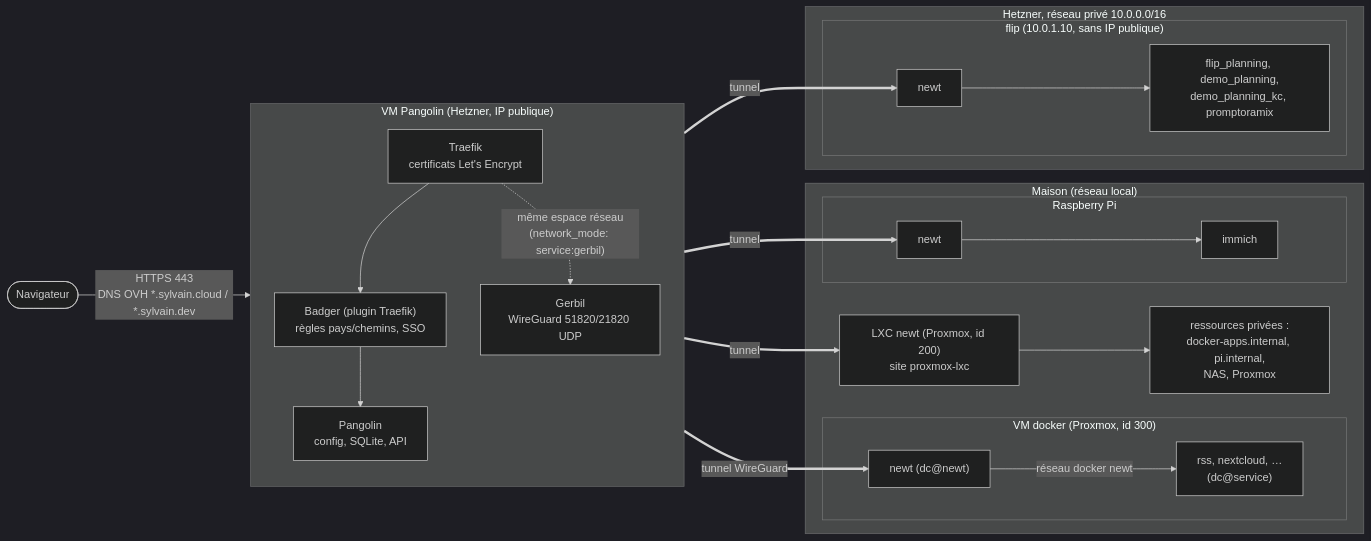
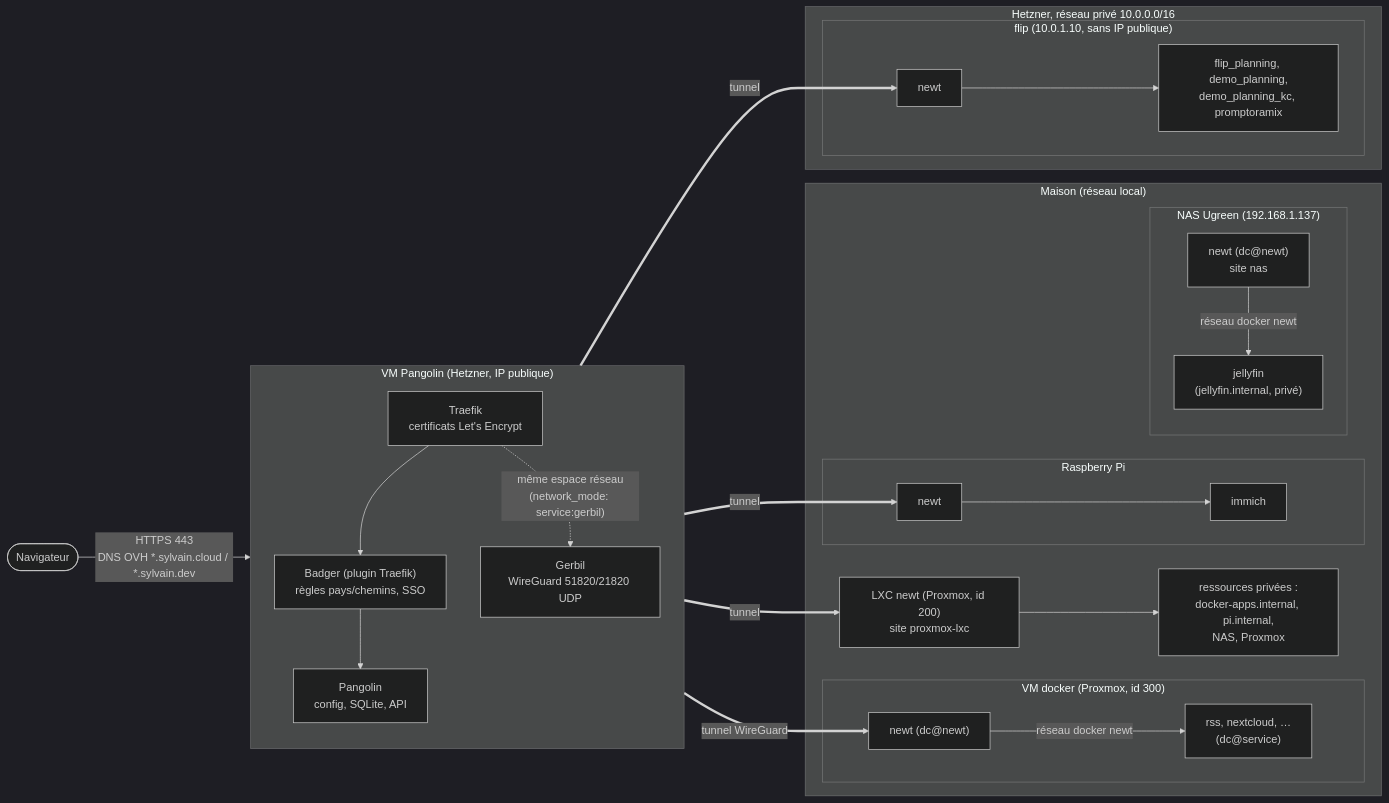
Before and after one commit to sylvainmetayer/homelab: the first of 4 diagrams in docs/architecture.md, drawn with Mermaid (dark theme). The commit also changed 25 other files, not shown here.

First line of the commit message:
feat(jellyfin,newt,nas): Jellyfin 12 sur le NAS, site Pangolin nas et jellyfin.internal

````diff
--- a/docs/architecture.md
+++ b/docs/architecture.md
@@ -9,35 +9,38 @@
 ```mermaid
 flowchart LR
   user([Navigateur]) -- "HTTPS 443<br/>DNS OVH *.sylvain.cloud / *.sylvain.dev" --> traefik
 
   subgraph pangolin_vm["VM Pangolin (Hetzner, IP publique)"]
     direction TB
     traefik["Traefik<br/>certificats Let's Encrypt"]
     badger["Badger (plugin Traefik)<br/>règles pays/chemins, SSO"]
     pangolin_app["Pangolin<br/>config, SQLite, API"]
     gerbil["Gerbil<br/>WireGuard 51820/21820 UDP"]
     traefik --> badger --> pangolin_app
     traefik -. "même espace réseau<br/>(network_mode: service:gerbil)" .-> gerbil
   end
 
   gerbil == "tunnel WireGuard" ==> newt_docker
   gerbil == tunnel ==> newt_pi
   gerbil == tunnel ==> newt_flip
   gerbil == tunnel ==> newt_lxc
 
   subgraph home["Maison (réseau local)"]
     subgraph docker_vm["VM docker (Proxmox, id 300)"]
       newt_docker["newt (dc@newt)"] -- "réseau docker newt" --> app1["rss, nextcloud, …<br/>(dc@service)"]
     end
     subgraph pi["Raspberry Pi"]
       newt_pi[newt] --> immich[immich]
     end
     newt_lxc["LXC newt (Proxmox, id 200)<br/>site proxmox-lxc"] --> lan["ressources privées :<br/>docker-apps.internal, pi.internal,<br/>NAS, Proxmox"]
+    subgraph nas["NAS Ugreen (192.168.1.137)"]
+      newt_nas["newt (dc@newt)<br/>site nas"] -- "réseau docker newt" --> jellyfin["jellyfin<br/>(jellyfin.internal, privé)"]
+    end
   end
 
   subgraph hetzner_priv["Hetzner, réseau privé 10.0.0.0/16"]
     subgraph flip["flip (10.0.1.10, sans IP publique)"]
       newt_flip[newt] --> fp["flip_planning, demo_planning,<br/>demo_planning_kc, promptoramix"]
     end
   end
 ```
````
